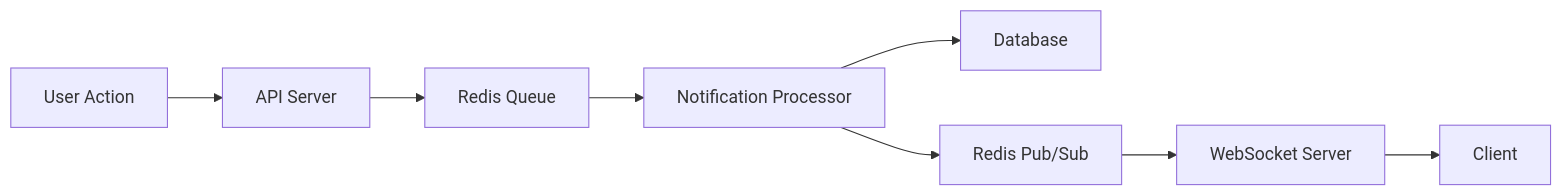
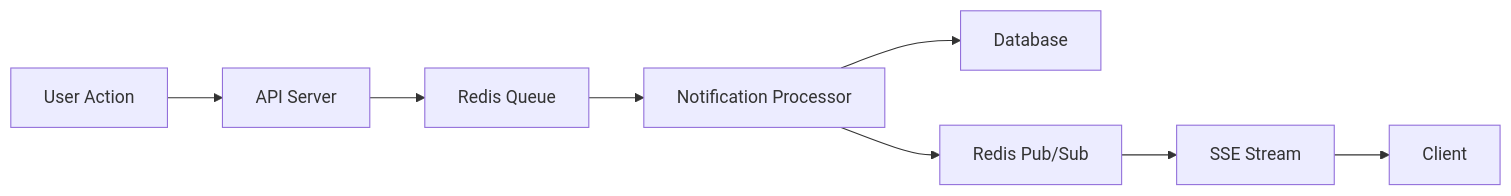
One commit to Shyamsaitejamandibi/insyd changed the first of 2 diagrams in frontend/REDIS.md. Above: the diagram before and after it, drawn with Mermaid. The commit also changed other lines of this file and 1 other file, not shown here.

Commit message:
Refactor notification handling to use Server-Sent Events (SSE) and implement In-Memory Pub/Sub fallback; update Redis connection logic for improved error handling

````diff
--- a/frontend/REDIS.md
+++ b/frontend/REDIS.md
@@ -39,10 +39,10 @@
 ```mermaid
 graph LR
     A[User Action] --> B[API Server]
     B --> C[Redis Queue]
     C --> D[Notification Processor]
     D --> E[Database]
     D --> F[Redis Pub/Sub]
-    F --> G[WebSocket Server]
+    F --> G[SSE Stream]
     G --> H[Client]
 ```
````
